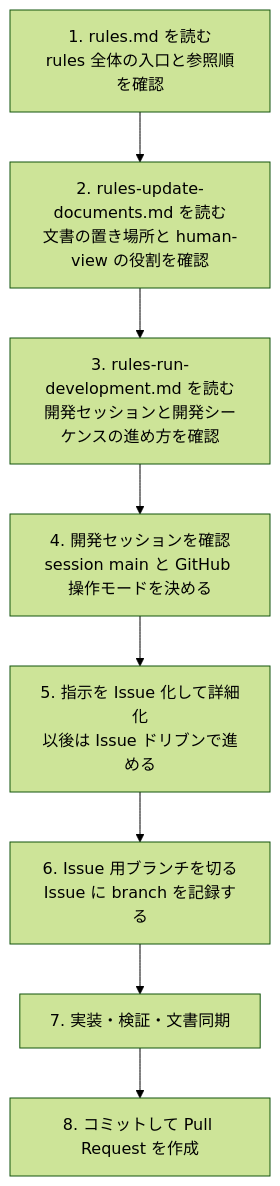
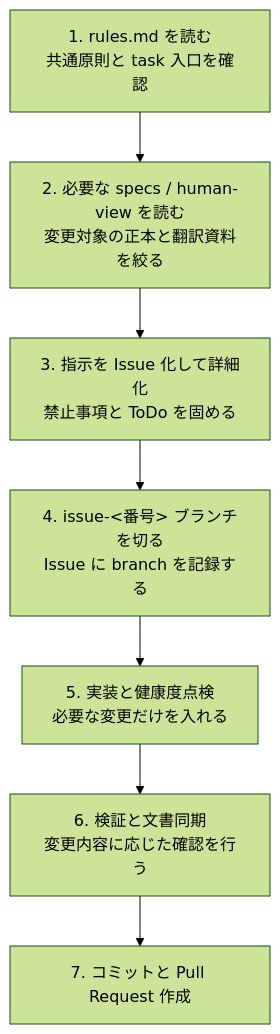
Before and after one commit to horikuma/YoutubeFeeder: the first of 2 diagrams in docs/human-view/rules-overview.md, drawn with Mermaid (forest theme). The commit also changed other lines of this file and 6 other files, not shown here.

````diff
--- a/docs/human-view/rules-overview.md
+++ b/docs/human-view/rules-overview.md
@@ -9,10 +9,9 @@
 ```mermaid
 flowchart TD
-    A["1. rules.md を読む<br/>rules 全体の入口と参照順を確認"] --> B["2. rules-update-documents.md を読む<br/>文書の置き場所と human-view の役割を確認"]
-    B --> C["3. rules-run-development.md を読む<br/>開発セッションと開発シーケンスの進め方を確認"]
-    C --> D["4. 開発セッションを確認<br/>session main と GitHub 操作モードを決める"]
-    D --> E["5. 指示を Issue 化して詳細化<br/>以後は Issue ドリブンで進める"]
-    E --> F["6. Issue 用ブランチを切る<br/>Issue に branch を記録する"]
-    F --> G["7. 実装・検証・文書同期"]
-    G --> H["8. コミットして Pull Request を作成"]
+    A["1. rules.md を読む<br/>共通原則と task 入口を確認"] --> B["2. 必要な specs / human-view を読む<br/>変更対象の正本と翻訳資料を絞る"]
+    B --> C["3. 指示を Issue 化して詳細化<br/>禁止事項と ToDo を固める"]
+    C --> D["4. issue-<番号> ブランチを切る<br/>Issue に branch を記録する"]
+    D --> E["5. 実装と健康度点検<br/>必要な変更だけを入れる"]
+    E --> F["6. 検証と文書同期<br/>変更内容に応じた確認を行う"]
+    F --> G["7. コミットと Pull Request 作成"]
 ```
````
